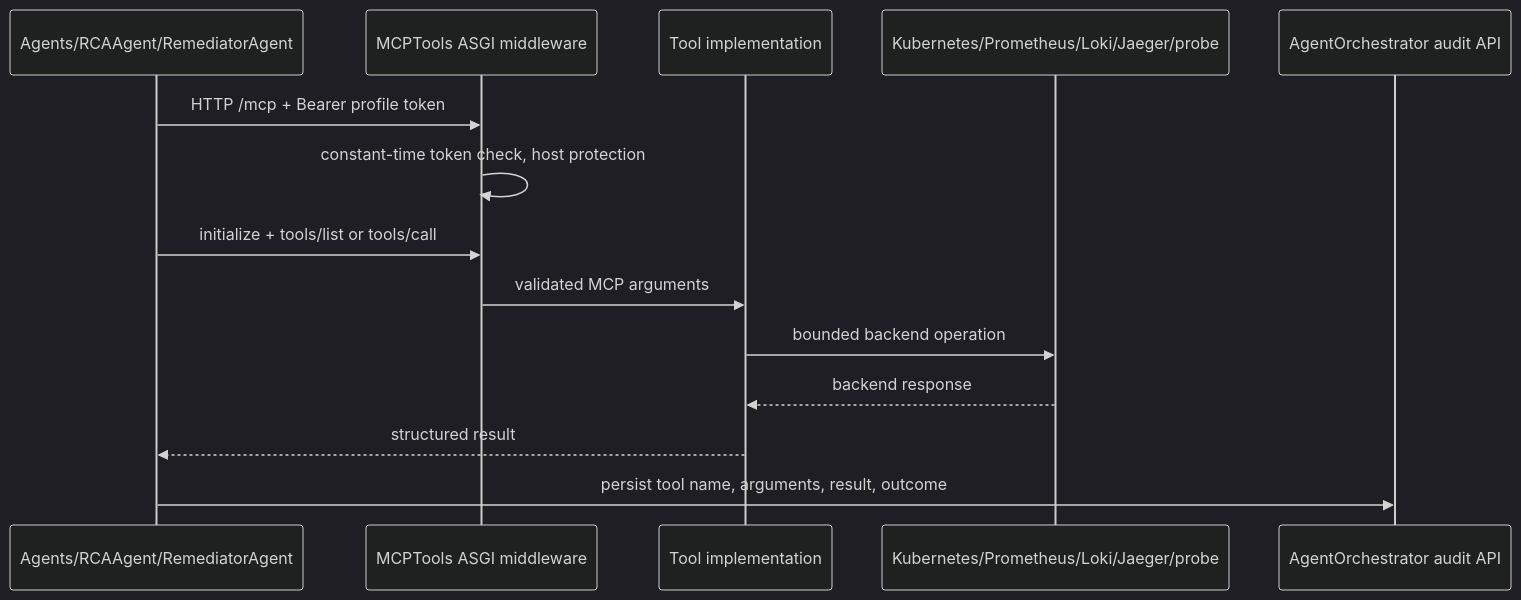
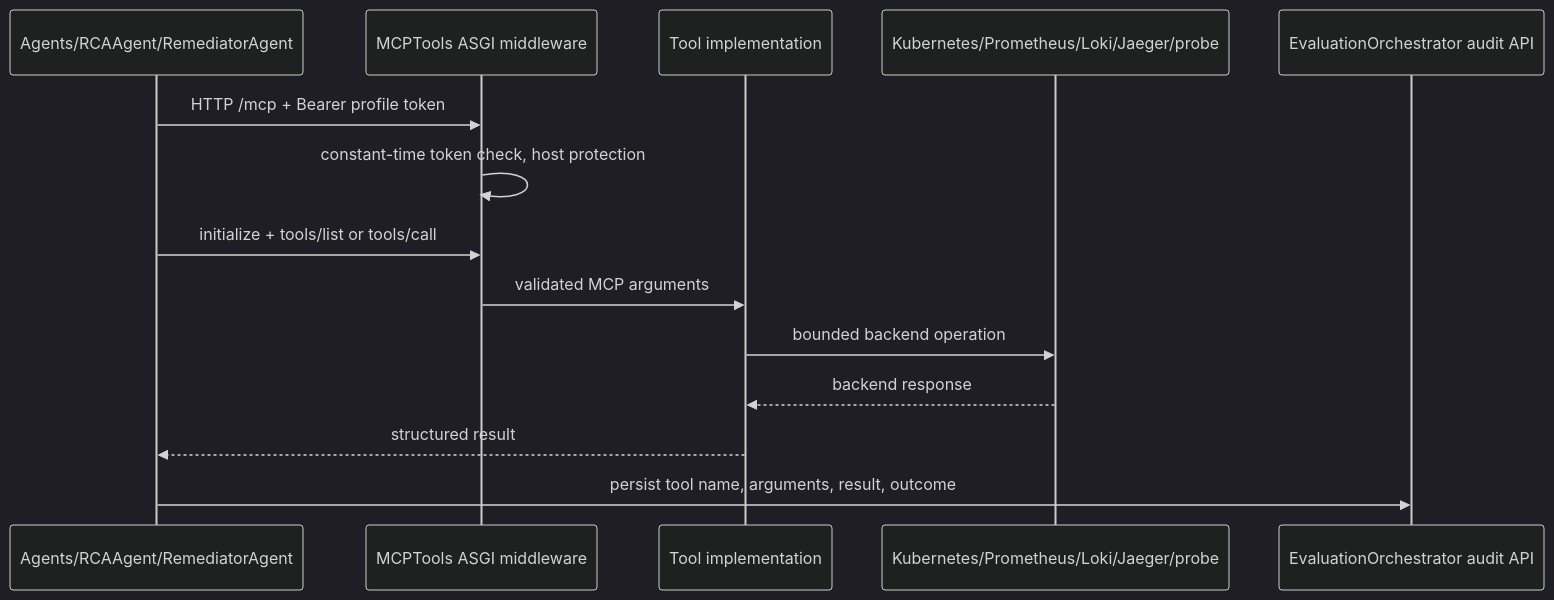
Before and after one commit to stanleyyoga123/IncidentBench: the diagram in Agents/MCPTools/docs/architecture-and-flow.md, drawn with Mermaid (dark theme). The commit also changed other lines of this file and 157 other files, not shown here.

````diff
--- a/Agents/MCPTools/docs/architecture-and-flow.md
+++ b/Agents/MCPTools/docs/architecture-and-flow.md
@@ -26,17 +26,17 @@
 ```mermaid
 sequenceDiagram
   participant A as Agents/RCAAgent/RemediatorAgent
   participant S as MCPTools ASGI middleware
   participant T as Tool implementation
   participant X as Kubernetes/Prometheus/Loki/Jaeger/probe
-  participant O as AgentOrchestrator audit API
+  participant O as EvaluationOrchestrator audit API
 
   A->>S: HTTP /mcp + Bearer profile token
   S->>S: constant-time token check, host protection
   A->>S: initialize + tools/list or tools/call
   S->>T: validated MCP arguments
   T->>X: bounded backend operation
   X-->>T: backend response
   T-->>A: structured result
   A->>O: persist tool name, arguments, result, outcome
 ```
````
